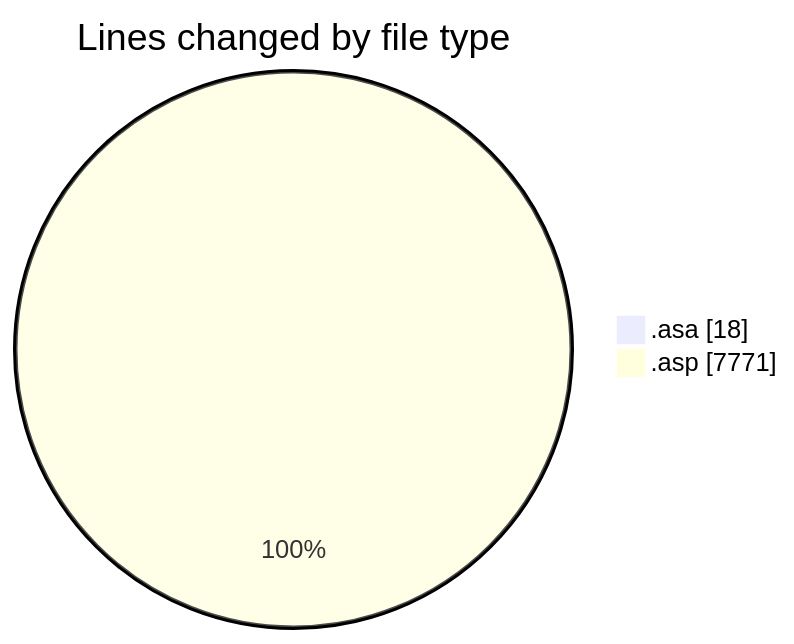
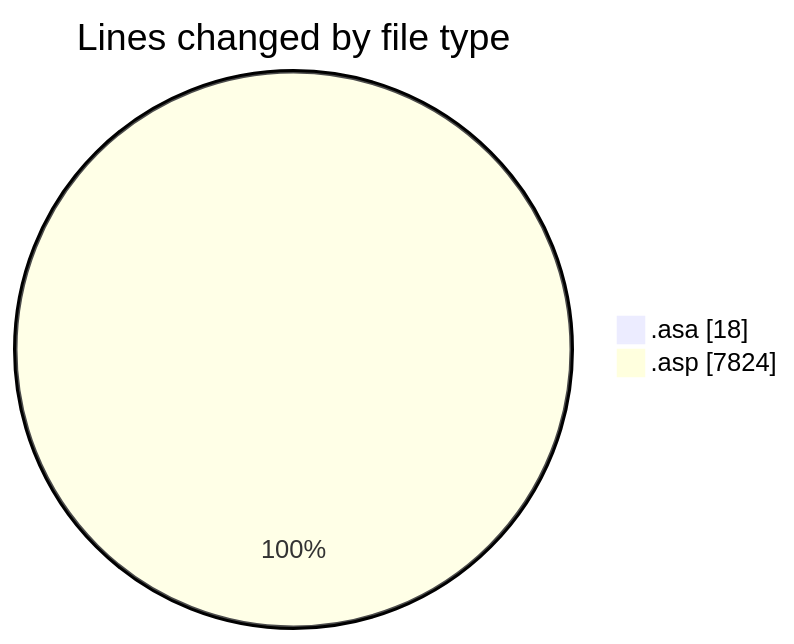
The first of 2 diagrams in 2025-11-06/usr_aleoudev_fr__workspace_/README.md (julien-gomy/code-tracking), drawn with Mermaid before and after one commit. The commit also changed other lines of this file and 1 other file, not shown here.

````diff
--- a/2025-11-06/usr_aleoudev_fr__workspace_/README.md
+++ b/2025-11-06/usr_aleoudev_fr__workspace_/README.md
@@ -24,6 +24,6 @@
 ```mermaid
 pie showData
 title Lines changed by file type
 ".asa" : 18
-".asp" : 7771
+".asp" : 7824
 ```
````
